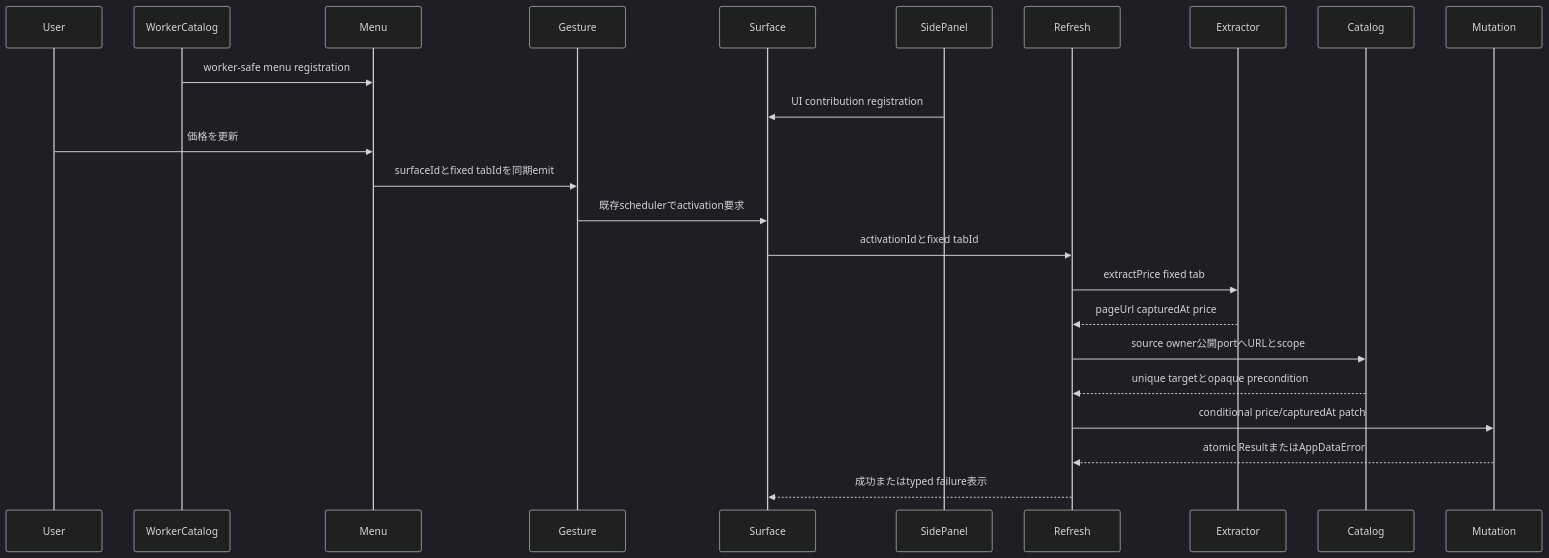
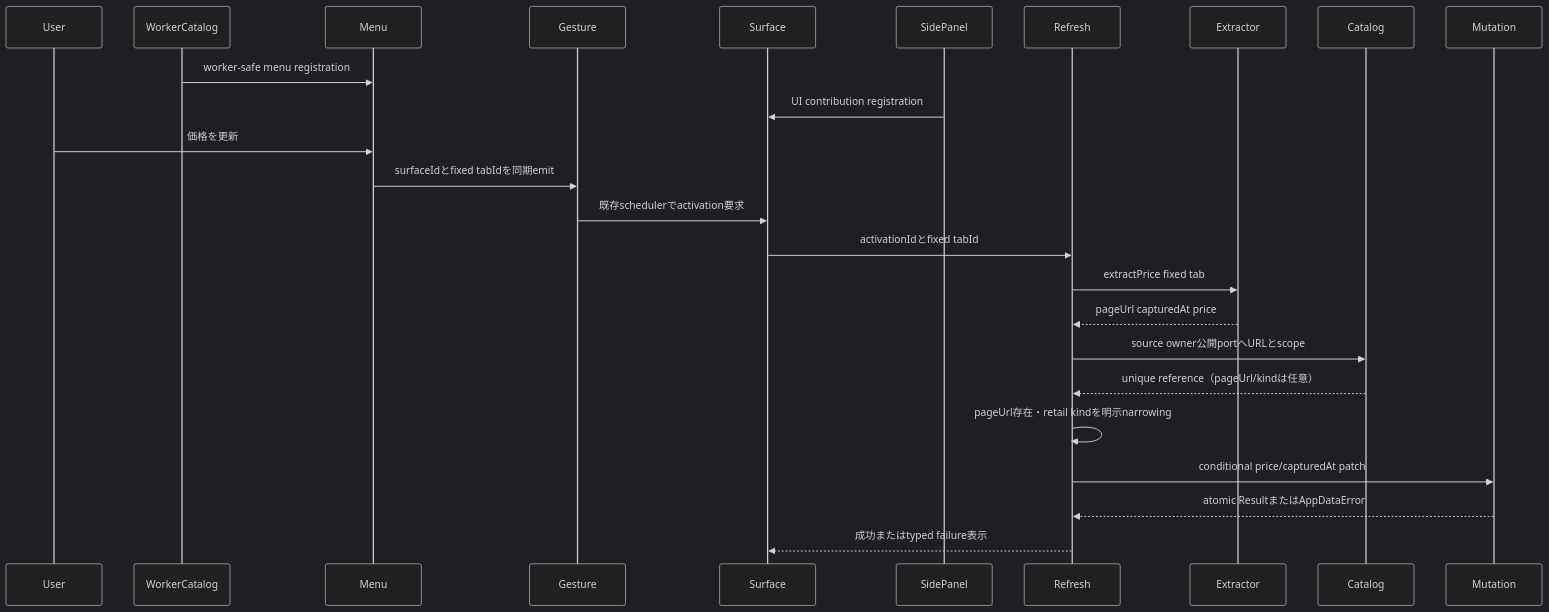
One commit to Huruikagi/pc-build-planner changed the second of 3 diagrams in .kiro/specs/source-price-refresh/design.md. Above: the diagram before and after it, drawn with Mermaid (dark theme). The commit also changed other lines of this file and 5 other files, not shown here.

Commit message:
docs(specs): source price cutoverのtask graphを分割する

````diff
--- a/.kiro/specs/source-price-refresh/design.md
+++ b/.kiro/specs/source-price-refresh/design.md
@@ -198,27 +198,28 @@
 ```mermaid
 sequenceDiagram
     participant User
     participant WorkerCatalog
     participant Menu
     participant Gesture
     participant Surface
     participant SidePanel
     participant Refresh
     participant Extractor
     participant Catalog
     participant Mutation
 
     WorkerCatalog->>Menu: worker-safe menu registration
     SidePanel->>Surface: UI contribution registration
     User->>Menu: 価格を更新
     Menu->>Gesture: surfaceIdとfixed tabIdを同期emit
     Gesture->>Surface: 既存schedulerでactivation要求
     Surface->>Refresh: activationIdとfixed tabId
     Refresh->>Extractor: extractPrice fixed tab
     Extractor-->>Refresh: pageUrl capturedAt price
     Refresh->>Catalog: source owner公開portへURLとscope
-    Catalog-->>Refresh: unique targetとopaque precondition
+    Catalog-->>Refresh: unique reference（pageUrl/kindは任意）
+    Refresh->>Refresh: pageUrl存在・retail kindを明示narrowing
     Refresh->>Mutation: conditional price/capturedAt patch
     Mutation-->>Refresh: atomic ResultまたはAppDataError
     Refresh-->>Surface: 成功またはtyped failure表示
 ```
````
